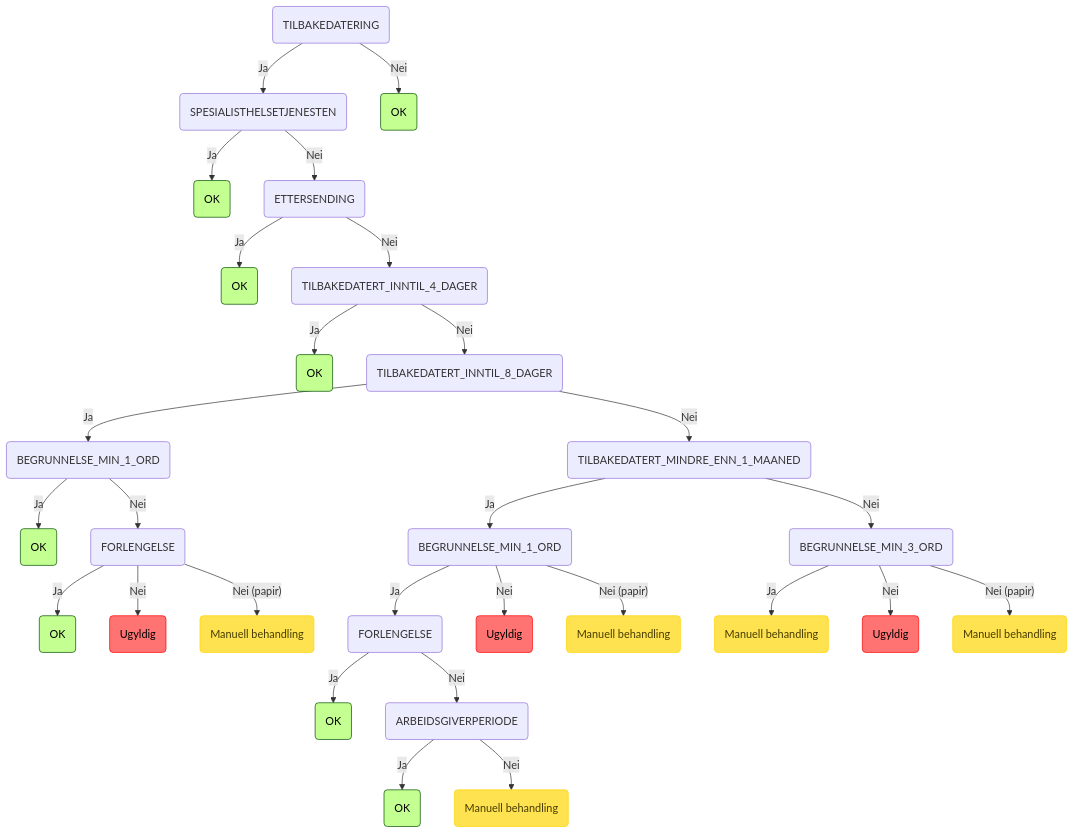
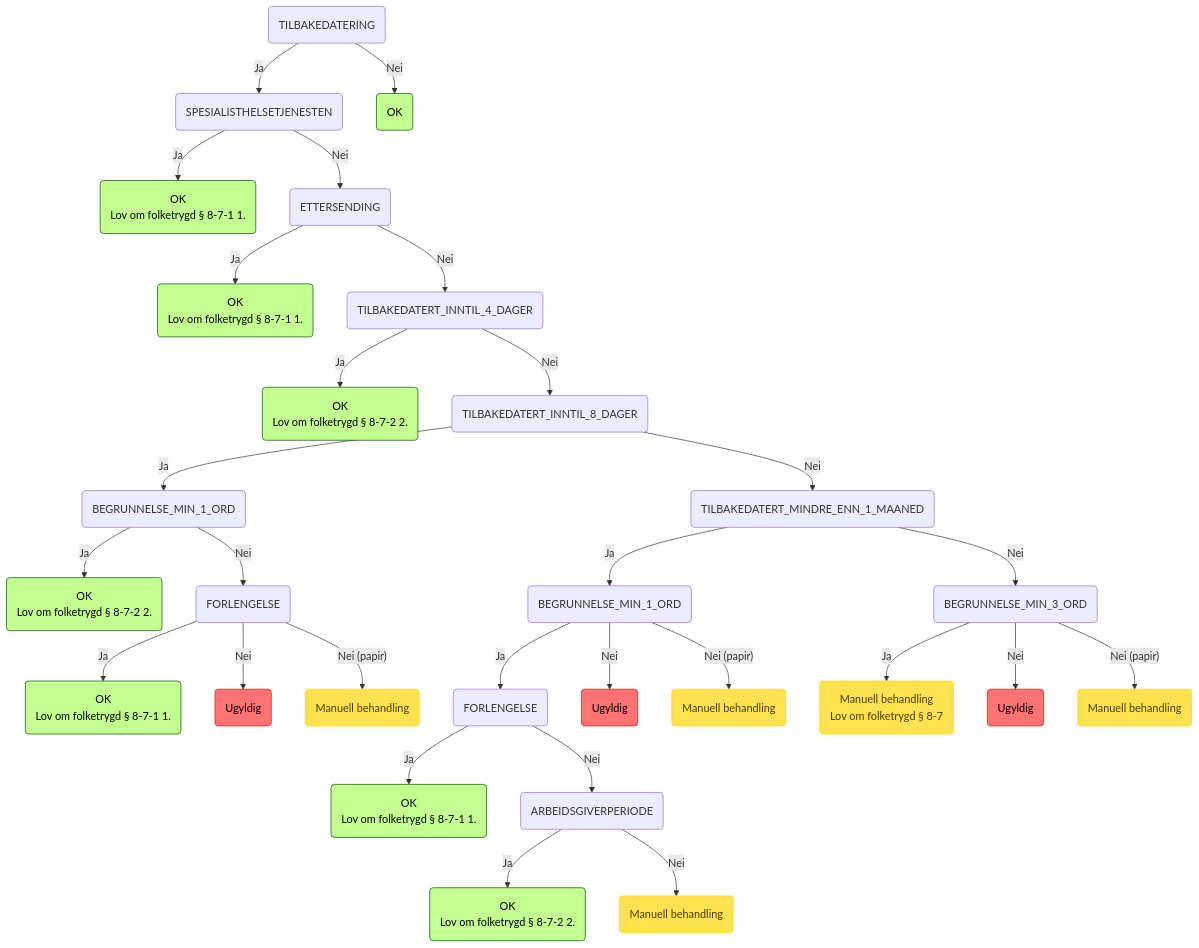
Before and after one commit to navikt/regulus-regula: the eighth of 8 diagrams in README.md, drawn with Mermaid. The commit also changed other lines of this file and 1 other file, not shown here.

Commit message:
chore: update mermaid generation to use node based juridisk henvisning

````diff
--- a/README.md
+++ b/README.md
@@ -197,33 +217,41 @@
 ```mermaid
 graph TD
     root(TILBAKEDATERING) -->|Ja| root_TILBAKEDATERING_SPESIALISTHELSETJENESTEN(SPESIALISTHELSETJENESTEN)
-    root_TILBAKEDATERING_SPESIALISTHELSETJENESTEN(SPESIALISTHELSETJENESTEN) -->|Ja| root_TILBAKEDATERING_SPESIALISTHELSETJENESTEN_OK(OK):::ok
+    root_TILBAKEDATERING_SPESIALISTHELSETJENESTEN(SPESIALISTHELSETJENESTEN) -->|Ja| root_TILBAKEDATERING_SPESIALISTHELSETJENESTEN_OK(OK
+Lov om folketrygd § 8-7-1 1.):::ok
     root_TILBAKEDATERING_SPESIALISTHELSETJENESTEN(SPESIALISTHELSETJENESTEN) -->|Nei| root_TILBAKEDATERING_SPESIALISTHELSETJENESTEN_ETTERSENDING(ETTERSENDING)
-    root_TILBAKEDATERING_SPESIALISTHELSETJENESTEN_ETTERSENDING(ETTERSENDING) -->|Ja| root_TILBAKEDATERING_SPESIALISTHELSETJENESTEN_ETTERSENDING_OK(OK):::ok
+    root_TILBAKEDATERING_SPESIALISTHELSETJENESTEN_ETTERSENDING(ETTERSENDING) -->|Ja| root_TILBAKEDATERING_SPESIALISTHELSETJENESTEN_ETTERSENDING_OK(OK
+Lov om folketrygd § 8-7-1 1.):::ok
     root_TILBAKEDATERING_SPESIALISTHELSETJENESTEN_ETTERSENDING(ETTERSENDING) -->|Nei| root_TILBAKEDATERING_SPESIALISTHELSETJENESTEN_ETTERSENDING_TILBAKEDATERT_INNTIL_4_DAGER(TILBAKEDATERT_INNTIL_4_DAGER)
-    root_TILBAKEDATERING_SPESIALISTHELSETJENESTEN_ETTERSENDING_TILBAKEDATERT_INNTIL_4_DAGER(TILBAKEDATERT_INNTIL_4_DAGER) -->|Ja| root_TILBAKEDATERING_SPESIALISTHELSETJENESTEN_ETTERSENDING_TILBAKEDATERT_INNTIL_4_DAGER_OK(OK):::ok
+    root_TILBAKEDATERING_SPESIALISTHELSETJENESTEN_ETTERSENDING_TILBAKEDATERT_INNTIL_4_DAGER(TILBAKEDATERT_INNTIL_4_DAGER) -->|Ja| root_TILBAKEDATERING_SPESIALISTHELSETJENESTEN_ETTERSENDING_TILBAKEDATERT_INNTIL_4_DAGER_OK(OK
+Lov om folketrygd § 8-7-2 2.):::ok
     root_TILBAKEDATERING_SPESIALISTHELSETJENESTEN_ETTERSENDING_TILBAKEDATERT_INNTIL_4_DAGER(TILBAKEDATERT_INNTIL_4_DAGER) -->|Nei| root_TILBAKEDATERING_SPESIALISTHELSETJENESTEN_ETTERSENDING_TILBAKEDATERT_INNTIL_4_DAGER_TILBAKEDATERT_INNTIL_8_DAGER(TILBAKEDATERT_INNTIL_8_DAGER)
     root_TILBAKEDATERING_SPESIALISTHELSETJENESTEN_ETTERSENDING_TILBAKEDATERT_INNTIL_4_DAGER_TILBAKEDATERT_INNTIL_8_DAGER(TILBAKEDATERT_INNTIL_8_DAGER) -->|Ja| root_TILBAKEDATERING_SPESIALISTHELSETJENESTEN_ETTERSENDING_TILBAKEDATERT_INNTIL_4_DAGER_TILBAKEDATERT_INNTIL_8_DAGER_BEGRUNNELSE_MIN_1_ORD(BEGRUNNELSE_MIN_1_ORD)
-    root_TILBAKEDATERING_SPESIALISTHELSETJENESTEN_ETTERSENDING_TILBAKEDATERT_INNTIL_4_DAGER_TILBAKEDATERT_INNTIL_8_DAGER_BEGRUNNELSE_MIN_1_ORD(BEGRUNNELSE_MIN_1_ORD) -->|Ja| root_TILBAKEDATERING_SPESIALISTHELSETJENESTEN_ETTERSENDING_TILBAKEDATERT_INNTIL_4_DAGER_TILBAKEDATERT_INNTIL_8_DAGER_BEGRUNNELSE_MIN_1_ORD_OK(OK):::ok
+    root_TILBAKEDATERING_SPESIALISTHELSETJENESTEN_ETTERSENDING_TILBAKEDATERT_INNTIL_4_DAGER_TILBAKEDATERT_INNTIL_8_DAGER_BEGRUNNELSE_MIN_1_ORD(BEGRUNNELSE_MIN_1_ORD) -->|Ja| root_TILBAKEDATERING_SPESIALISTHELSETJENESTEN_ETTERSENDING_TILBAKEDATERT_INNTIL_4_DAGER_TILBAKEDATERT_INNTIL_8_DAGER_BEGRUNNELSE_MIN_1_ORD_OK(OK
+Lov om folketrygd § 8-7-2 2.):::ok
     root_TILBAKEDATERING_SPESIALISTHELSETJENESTEN_ETTERSENDING_TILBAKEDATERT_INNTIL_4_DAGER_TILBAKEDATERT_INNTIL_8_DAGER_BEGRUNNELSE_MIN_1_ORD(BEGRUNNELSE_MIN_1_ORD) -->|Nei| root_TILBAKEDATERING_SPESIALISTHELSETJENESTEN_ETTERSENDING_TILBAKEDATERT_INNTIL_4_DAGER_TILBAKEDATERT_INNTIL_8_DAGER_BEGRUNNELSE_MIN_1_ORD_FORLENGELSE(FORLENGELSE)
-    root_TILBAKEDATERING_SPESIALISTHELSETJENESTEN_ETTERSENDING_TILBAKEDATERT_INNTIL_4_DAGER_TILBAKEDATERT_INNTIL_8_DAGER_BEGRUNNELSE_MIN_1_ORD_FORLENGELSE(FORLENGELSE) -->|Ja| root_TILBAKEDATERING_SPESIALISTHELSETJENESTEN_ETTERSENDING_TILBAKEDATERT_INNTIL_4_DAGER_TILBAKEDATERT_INNTIL_8_DAGER_BEGRUNNELSE_MIN_1_ORD_FORLENGELSE_OK(OK):::ok
+    root_TILBAKEDATERING_SPESIALISTHELSETJENESTEN_ETTERSENDING_TILBAKEDATERT_INNTIL_4_DAGER_TILBAKEDATERT_INNTIL_8_DAGER_BEGRUNNELSE_MIN_1_ORD_FORLENGELSE(FORLENGELSE) -->|Ja| root_TILBAKEDATERING_SPESIALISTHELSETJENESTEN_ETTERSENDING_TILBAKEDATERT_INNTIL_4_DAGER_TILBAKEDATERT_INNTIL_8_DAGER_BEGRUNNELSE_MIN_1_ORD_FORLENGELSE_OK(OK
+Lov om folketrygd § 8-7-1 1.):::ok
     root_TILBAKEDATERING_SPESIALISTHELSETJENESTEN_ETTERSENDING_TILBAKEDATERT_INNTIL_4_DAGER_TILBAKEDATERT_INNTIL_8_DAGER_BEGRUNNELSE_MIN_1_ORD_FORLENGELSE(FORLENGELSE) -->|Nei| root_TILBAKEDATERING_SPESIALISTHELSETJENESTEN_ETTERSENDING_TILBAKEDATERT_INNTIL_4_DAGER_TILBAKEDATERT_INNTIL_8_DAGER_BEGRUNNELSE_MIN_1_ORD_FORLENGELSE_INVALID(Ugyldig):::invalid
     root_TILBAKEDATERING_SPESIALISTHELSETJENESTEN_ETTERSENDING_TILBAKEDATERT_INNTIL_4_DAGER_TILBAKEDATERT_INNTIL_8_DAGER_BEGRUNNELSE_MIN_1_ORD_FORLENGELSE(FORLENGELSE) -->|"Nei (papir)"| root_TILBAKEDATERING_SPESIALISTHELSETJENESTEN_ETTERSENDING_TILBAKEDATERT_INNTIL_4_DAGER_TILBAKEDATERT_INNTIL_8_DAGER_BEGRUNNELSE_MIN_1_ORD_FORLENGELSE_INVALID_papir(Manuell behandling):::manuell
     root_TILBAKEDATERING_SPESIALISTHELSETJENESTEN_ETTERSENDING_TILBAKEDATERT_INNTIL_4_DAGER_TILBAKEDATERT_INNTIL_8_DAGER(TILBAKEDATERT_INNTIL_8_DAGER) -->|Nei| root_TILBAKEDATERING_SPESIALISTHELSETJENESTEN_ETTERSENDING_TILBAKEDATERT_INNTIL_4_DAGER_TILBAKEDATERT_INNTIL_8_DAGER_TILBAKEDATERT_MINDRE_ENN_1_MAANED(TILBAKEDATERT_MINDRE_ENN_1_MAANED)
     root_TILBAKEDATERING_SPESIALISTHELSETJENESTEN_ETTERSENDING_TILBAKEDATERT_INNTIL_4_DAGER_TILBAKEDATERT_INNTIL_8_DAGER_TILBAKEDATERT_MINDRE_ENN_1_MAANED(TILBAKEDATERT_MINDRE_ENN_1_MAANED) -->|Ja| root_TILBAKEDATERING_SPESIALISTHELSETJENESTEN_ETTERSENDING_TILBAKEDATERT_INNTIL_4_DAGER_TILBAKEDATERT_INNTIL_8_DAGER_TILBAKEDATERT_MINDRE_ENN_1_MAANED_BEGRUNNELSE_MIN_1_ORD(BEGRUNNELSE_MIN_1_ORD)
     root_TILBAKEDATERING_SPESIALISTHELSETJENESTEN_ETTERSENDING_TILBAKEDATERT_INNTIL_4_DAGER_TILBAKEDATERT_INNTIL_8_DAGER_TILBAKEDATERT_MINDRE_ENN_1_MAANED_BEGRUNNELSE_MIN_1_ORD(BEGRUNNELSE_MIN_1_ORD) -->|Ja| root_TILBAKEDATERING_SPESIALISTHELSETJENESTEN_ETTERSENDING_TILBAKEDATERT_INNTIL_4_DAGER_TILBAKEDATERT_INNTIL_8_DAGER_TILBAKEDATERT_MINDRE_ENN_1_MAANED_BEGRUNNELSE_MIN_1_ORD_FORLENGELSE(FORLENGELSE)
-    root_TILBAKEDATERING_SPESIALISTHELSETJENESTEN_ETTERSENDING_TILBAKEDATERT_INNTIL_4_DAGER_TILBAKEDATERT_INNTIL_8_DAGER_TILBAKEDATERT_MINDRE_ENN_1_MAANED_BEGRUNNELSE_MIN_1_ORD_FORLENGELSE(FORLENGELSE) -->|Ja| root_TILBAKEDATERING_SPESIALISTHELSETJENESTEN_ETTERSENDING_TILBAKEDATERT_INNTIL_4_DAGER_TILBAKEDATERT_INNTIL_8_DAGER_TILBAKEDATERT_MINDRE_ENN_1_MAANED_BEGRUNNELSE_MIN_1_ORD_FORLENGELSE_OK(OK):::ok
+    root_TILBAKEDATERING_SPESIALISTHELSETJENESTEN_ETTERSENDING_TILBAKEDATERT_INNTIL_4_DAGER_TILBAKEDATERT_INNTIL_8_DAGER_TILBAKEDATERT_MINDRE_ENN_1_MAANED_BEGRUNNELSE_MIN_1_ORD_FORLENGELSE(FORLENGELSE) -->|Ja| root_TILBAKEDATERING_SPESIALISTHELSETJENESTEN_ETTERSENDING_TILBAKEDATERT_INNTIL_4_DAGER_TILBAKEDATERT_INNTIL_8_DAGER_TILBAKEDATERT_MINDRE_ENN_1_MAANED_BEGRUNNELSE_MIN_1_ORD_FORLENGELSE_OK(OK
+Lov om folketrygd § 8-7-1 1.):::ok
     root_TILBAKEDATERING_SPESIALISTHELSETJENESTEN_ETTERSENDING_TILBAKEDATERT_INNTIL_4_DAGER_TILBAKEDATERT_INNTIL_8_DAGER_TILBAKEDATERT_MINDRE_ENN_1_MAANED_BEGRUNNELSE_MIN_1_ORD_FORLENGELSE(FORLENGELSE) -->|Nei| root_TILBAKEDATERING_SPESIALISTHELSETJENESTEN_ETTERSENDING_TILBAKEDATERT_INNTIL_4_DAGER_TILBAKEDATERT_INNTIL_8_DAGER_TILBAKEDATERT_MINDRE_ENN_1_MAANED_BEGRUNNELSE_MIN_1_ORD_FORLENGELSE_ARBEIDSGIVERPERIODE(ARBEIDSGIVERPERIODE)
-    root_TILBAKEDATERING_SPESIALISTHELSETJENESTEN_ETTERSENDING_TILBAKEDATERT_INNTIL_4_DAGER_TILBAKEDATERT_INNTIL_8_DAGER_TILBAKEDATERT_MINDRE_ENN_1_MAANED_BEGRUNNELSE_MIN_1_ORD_FORLENGELSE_ARBEIDSGIVERPERIODE(ARBEIDSGIVERPERIODE) -->|Ja| root_TILBAKEDATERING_SPESIALISTHELSETJENESTEN_ETTERSENDING_TILBAKEDATERT_INNTIL_4_DAGER_TILBAKEDATERT_INNTIL_8_DAGER_TILBAKEDATERT_MINDRE_ENN_1_MAANED_BEGRUNNELSE_MIN_1_ORD_FORLENGELSE_ARBEIDSGIVERPERIODE_OK(OK):::ok
+    root_TILBAKEDATERING_SPESIALISTHELSETJENESTEN_ETTERSENDING_TILBAKEDATERT_INNTIL_4_DAGER_TILBAKEDATERT_INNTIL_8_DAGER_TILBAKEDATERT_MINDRE_ENN_1_MAANED_BEGRUNNELSE_MIN_1_ORD_FORLENGELSE_ARBEIDSGIVERPERIODE(ARBEIDSGIVERPERIODE) -->|Ja| root_TILBAKEDATERING_SPESIALISTHELSETJENESTEN_ETTERSENDING_TILBAKEDATERT_INNTIL_4_DAGER_TILBAKEDATERT_INNTIL_8_DAGER_TILBAKEDATERT_MINDRE_ENN_1_MAANED_BEGRUNNELSE_MIN_1_ORD_FORLENGELSE_ARBEIDSGIVERPERIODE_OK(OK
+Lov om folketrygd § 8-7-2 2.):::ok
     root_TILBAKEDATERING_SPESIALISTHELSETJENESTEN_ETTERSENDING_TILBAKEDATERT_INNTIL_4_DAGER_TILBAKEDATERT_INNTIL_8_DAGER_TILBAKEDATERT_MINDRE_ENN_1_MAANED_BEGRUNNELSE_MIN_1_ORD_FORLENGELSE_ARBEIDSGIVERPERIODE(ARBEIDSGIVERPERIODE) -->|Nei| root_TILBAKEDATERING_SPESIALISTHELSETJENESTEN_ETTERSENDING_TILBAKEDATERT_INNTIL_4_DAGER_TILBAKEDATERT_INNTIL_8_DAGER_TILBAKEDATERT_MINDRE_ENN_1_MAANED_BEGRUNNELSE_MIN_1_ORD_FORLENGELSE_ARBEIDSGIVERPERIODE_MANUAL_PROCESSING(Manuell behandling):::manuell
     root_TILBAKEDATERING_SPESIALISTHELSETJENESTEN_ETTERSENDING_TILBAKEDATERT_INNTIL_4_DAGER_TILBAKEDATERT_INNTIL_8_DAGER_TILBAKEDATERT_MINDRE_ENN_1_MAANED_BEGRUNNELSE_MIN_1_ORD(BEGRUNNELSE_MIN_1_ORD) -->|Nei| root_TILBAKEDATERING_SPESIALISTHELSETJENESTEN_ETTERSENDING_TILBAKEDATERT_INNTIL_4_DAGER_TILBAKEDATERT_INNTIL_8_DAGER_TILBAKEDATERT_MINDRE_ENN_1_MAANED_BEGRUNNELSE_MIN_1_ORD_INVALID(Ugyldig):::invalid
     root_TILBAKEDATERING_SPESIALISTHELSETJENESTEN_ETTERSENDING_TILBAKEDATERT_INNTIL_4_DAGER_TILBAKEDATERT_INNTIL_8_DAGER_TILBAKEDATERT_MINDRE_ENN_1_MAANED_BEGRUNNELSE_MIN_1_ORD(BEGRUNNELSE_MIN_1_ORD) -->|"Nei (papir)"| root_TILBAKEDATERING_SPESIALISTHELSETJENESTEN_ETTERSENDING_TILBAKEDATERT_INNTIL_4_DAGER_TILBAKEDATERT_INNTIL_8_DAGER_TILBAKEDATERT_MINDRE_ENN_1_MAANED_BEGRUNNELSE_MIN_1_ORD_INVALID_papir(Manuell behandling):::manuell
     root_TILBAKEDATERING_SPESIALISTHELSETJENESTEN_ETTERSENDING_TILBAKEDATERT_INNTIL_4_DAGER_TILBAKEDATERT_INNTIL_8_DAGER_TILBAKEDATERT_MINDRE_ENN_1_MAANED(TILBAKEDATERT_MINDRE_ENN_1_MAANED) -->|Nei| root_TILBAKEDATERING_SPESIALISTHELSETJENESTEN_ETTERSENDING_TILBAKEDATERT_INNTIL_4_DAGER_TILBAKEDATERT_INNTIL_8_DAGER_TILBAKEDATERT_MINDRE_ENN_1_MAANED_BEGRUNNELSE_MIN_3_ORD(BEGRUNNELSE_MIN_3_ORD)
-    root_TILBAKEDATERING_SPESIALISTHELSETJENESTEN_ETTERSENDING_TILBAKEDATERT_INNTIL_4_DAGER_TILBAKEDATERT_INNTIL_8_DAGER_TILBAKEDATERT_MINDRE_ENN_1_MAANED_BEGRUNNELSE_MIN_3_ORD(BEGRUNNELSE_MIN_3_ORD) -->|Ja| root_TILBAKEDATERING_SPESIALISTHELSETJENESTEN_ETTERSENDING_TILBAKEDATERT_INNTIL_4_DAGER_TILBAKEDATERT_INNTIL_8_DAGER_TILBAKEDATERT_MINDRE_ENN_1_MAANED_BEGRUNNELSE_MIN_3_ORD_MANUAL_PROCESSING(Manuell behandling):::manuell
+    root_TILBAKEDATERING_SPESIALISTHELSETJENESTEN_ETTERSENDING_TILBAKEDATERT_INNTIL_4_DAGER_TILBAKEDATERT_INNTIL_8_DAGER_TILBAKEDATERT_MINDRE_ENN_1_MAANED_BEGRUNNELSE_MIN_3_ORD(BEGRUNNELSE_MIN_3_ORD) -->|Ja| root_TILBAKEDATERING_SPESIALISTHELSETJENESTEN_ETTERSENDING_TILBAKEDATERT_INNTIL_4_DAGER_TILBAKEDATERT_INNTIL_8_DAGER_TILBAKEDATERT_MINDRE_ENN_1_MAANED_BEGRUNNELSE_MIN_3_ORD_MANUAL_PROCESSING(Manuell behandling
+Lov om folketrygd § 8-7):::manuell
     root_TILBAKEDATERING_SPESIALISTHELSETJENESTEN_ETTERSENDING_TILBAKEDATERT_INNTIL_4_DAGER_TILBAKEDATERT_INNTIL_8_DAGER_TILBAKEDATERT_MINDRE_ENN_1_MAANED_BEGRUNNELSE_MIN_3_ORD(BEGRUNNELSE_MIN_3_ORD) -->|Nei| root_TILBAKEDATERING_SPESIALISTHELSETJENESTEN_ETTERSENDING_TILBAKEDATERT_INNTIL_4_DAGER_TILBAKEDATERT_INNTIL_8_DAGER_TILBAKEDATERT_MINDRE_ENN_1_MAANED_BEGRUNNELSE_MIN_3_ORD_INVALID(Ugyldig):::invalid
     root_TILBAKEDATERING_SPESIALISTHELSETJENESTEN_ETTERSENDING_TILBAKEDATERT_INNTIL_4_DAGER_TILBAKEDATERT_INNTIL_8_DAGER_TILBAKEDATERT_MINDRE_ENN_1_MAANED_BEGRUNNELSE_MIN_3_ORD(BEGRUNNELSE_MIN_3_ORD) -->|"Nei (papir)"| root_TILBAKEDATERING_SPESIALISTHELSETJENESTEN_ETTERSENDING_TILBAKEDATERT_INNTIL_4_DAGER_TILBAKEDATERT_INNTIL_8_DAGER_TILBAKEDATERT_MINDRE_ENN_1_MAANED_BEGRUNNELSE_MIN_3_ORD_INVALID_papir(Manuell behandling):::manuell
     root(TILBAKEDATERING) -->|Nei| root_TILBAKEDATERING_OK(OK):::ok
     classDef ok fill:#c3ff91,stroke:#004a00,color: black;
     classDef invalid fill:#ff7373,stroke:#ff0000,color: black;
     classDef manuell fill:#ffe24f,stroke:#ffd500,color: #473c00;
 ```
````
